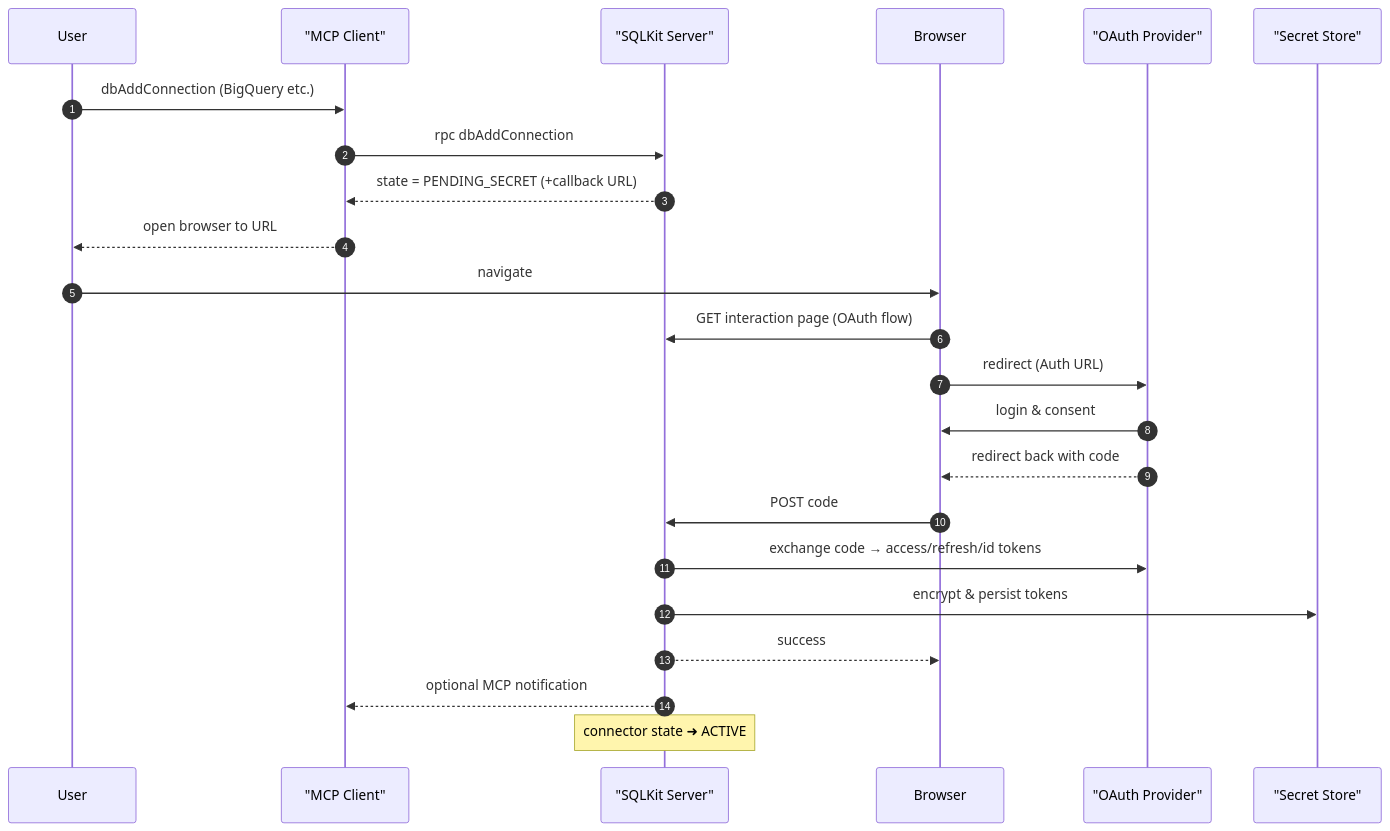
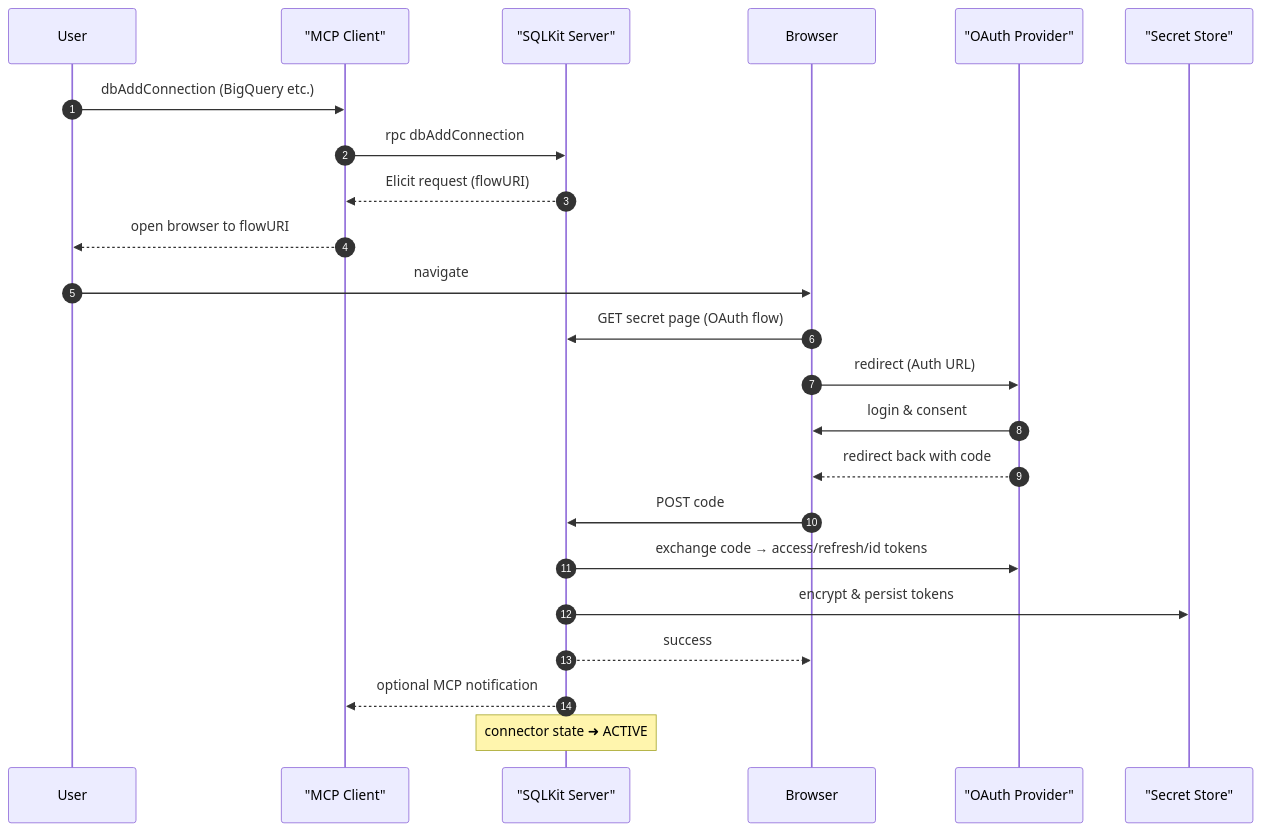
One commit to viant/mcp-sqlkit changed the second of 3 diagrams in README.md. Above: the diagram before and after it, drawn with Mermaid. The commit also changed other lines of this file and 4 other files, not shown here.

````diff
--- a/README.md
+++ b/README.md
@@ -335,26 +335,26 @@
 ```mermaid
 sequenceDiagram
     autonumber
     participant U as User
     participant C as "MCP Client"
     participant S as "SQLKit Server"
     participant UI as Browser
     participant OP as "OAuth Provider"
     participant SS as "Secret Store"
 
     U->>C: dbAddConnection (BigQuery etc.)
     C->>S: rpc dbAddConnection
-    S-->>C: state = PENDING_SECRET (+callback URL)
-    C-->>U: open browser to URL
+    S-->>C: Elicit request (flowURI)
+    C-->>U: open browser to flowURI
     U->>UI: navigate
-    UI->>S: GET interaction page (OAuth flow)
+    UI->>S: GET secret page (OAuth flow)
     UI->>OP: redirect (Auth URL)
     OP->>UI: login & consent
     OP-->>UI: redirect back with code
     UI->>S: POST code
     S->>OP: exchange code → access/refresh/id tokens
     S->>SS: encrypt & persist tokens
     S-->>UI: success
     S-->>C: optional MCP notification
     note over S: connector state ➜ ACTIVE
 ```
````
